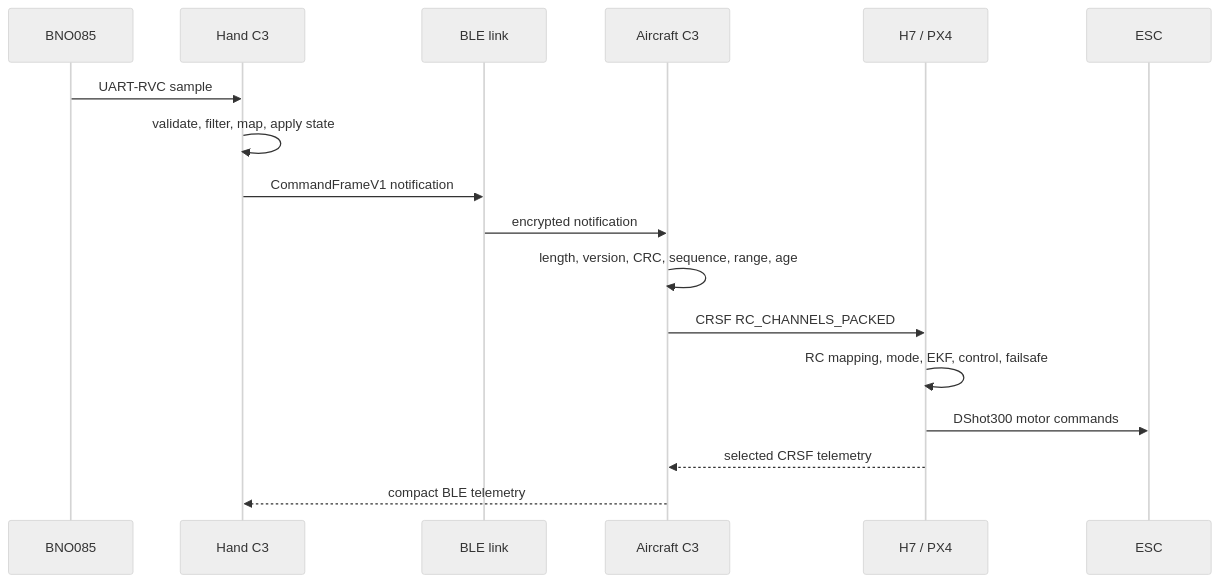
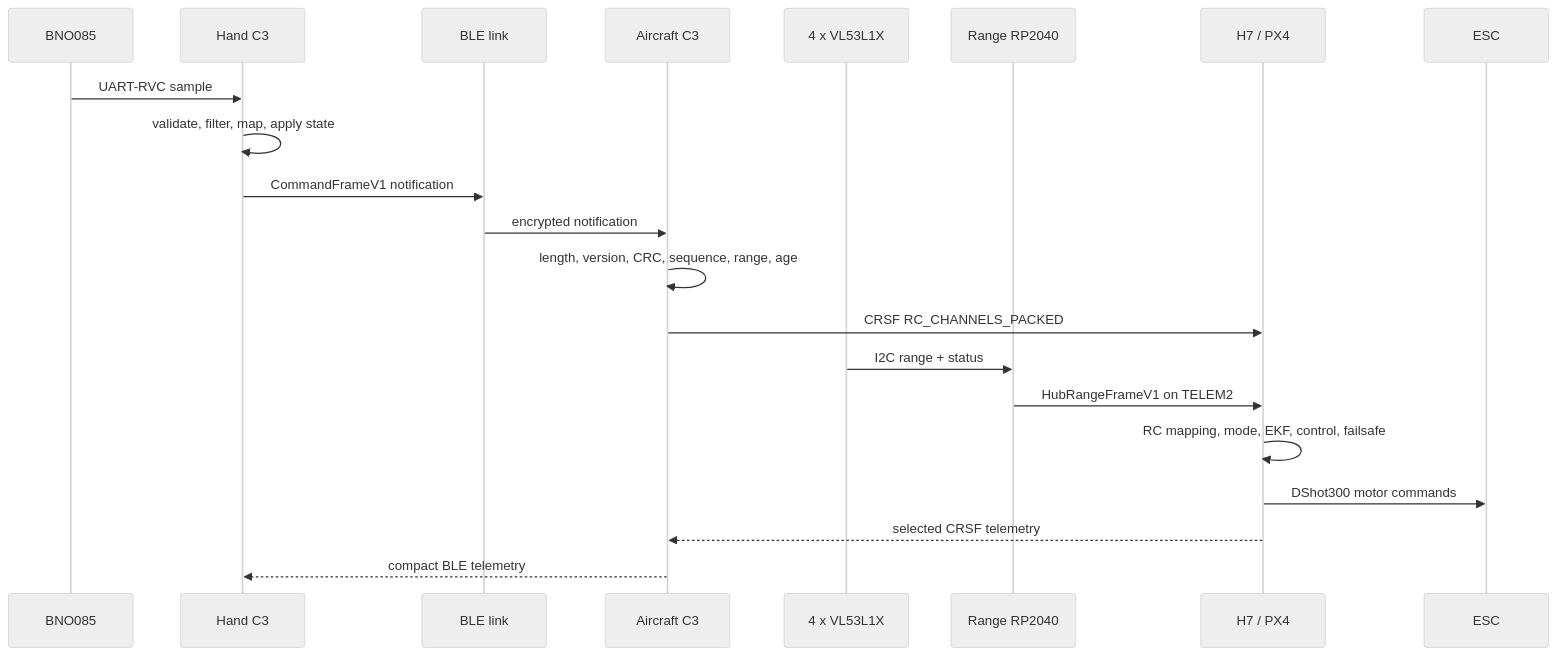
One commit to Samiurr10/gesture-controlled-drone changed the first of 3 diagrams in docs/h7-ble/firmware-design.md. Above: the diagram before and after it, drawn with Mermaid (neutral theme). The commit also changed other lines of this file and 10 other files, not shown here.

Commit message:
docs: add collision prevention sensor architecture

````diff
--- a/docs/h7-ble/firmware-design.md
+++ b/docs/h7-ble/firmware-design.md
@@ -20,20 +21,24 @@
 ```mermaid
 sequenceDiagram
     participant BNO as BNO085
     participant Hand as Hand C3
     participant BLE as BLE link
     participant Air as Aircraft C3
+    participant ToF as 4 x VL53L1X
+    participant Hub as Range RP2040
     participant H7 as H7 / PX4
     participant ESC as ESC
 
     BNO->>Hand: UART-RVC sample
     Hand->>Hand: validate, filter, map, apply state
     Hand->>BLE: CommandFrameV1 notification
     BLE->>Air: encrypted notification
     Air->>Air: length, version, CRC, sequence, range, age
     Air->>H7: CRSF RC_CHANNELS_PACKED
+    ToF->>Hub: I2C range + status
+    Hub->>H7: HubRangeFrameV1 on TELEM2
     H7->>H7: RC mapping, mode, EKF, control, failsafe
     H7->>ESC: DShot300 motor commands
     H7-->>Air: selected CRSF telemetry
     Air-->>Hand: compact BLE telemetry
 ```
````
